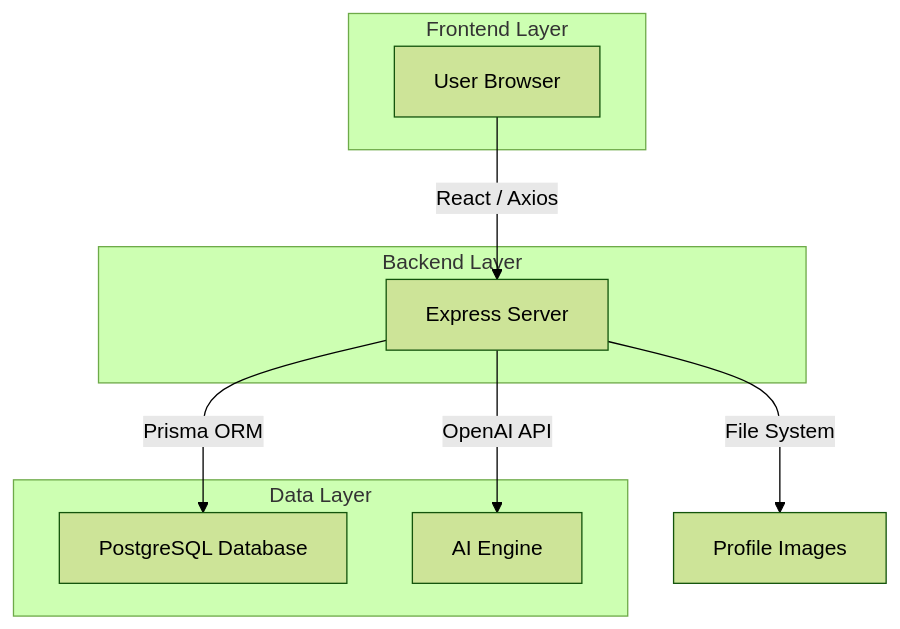
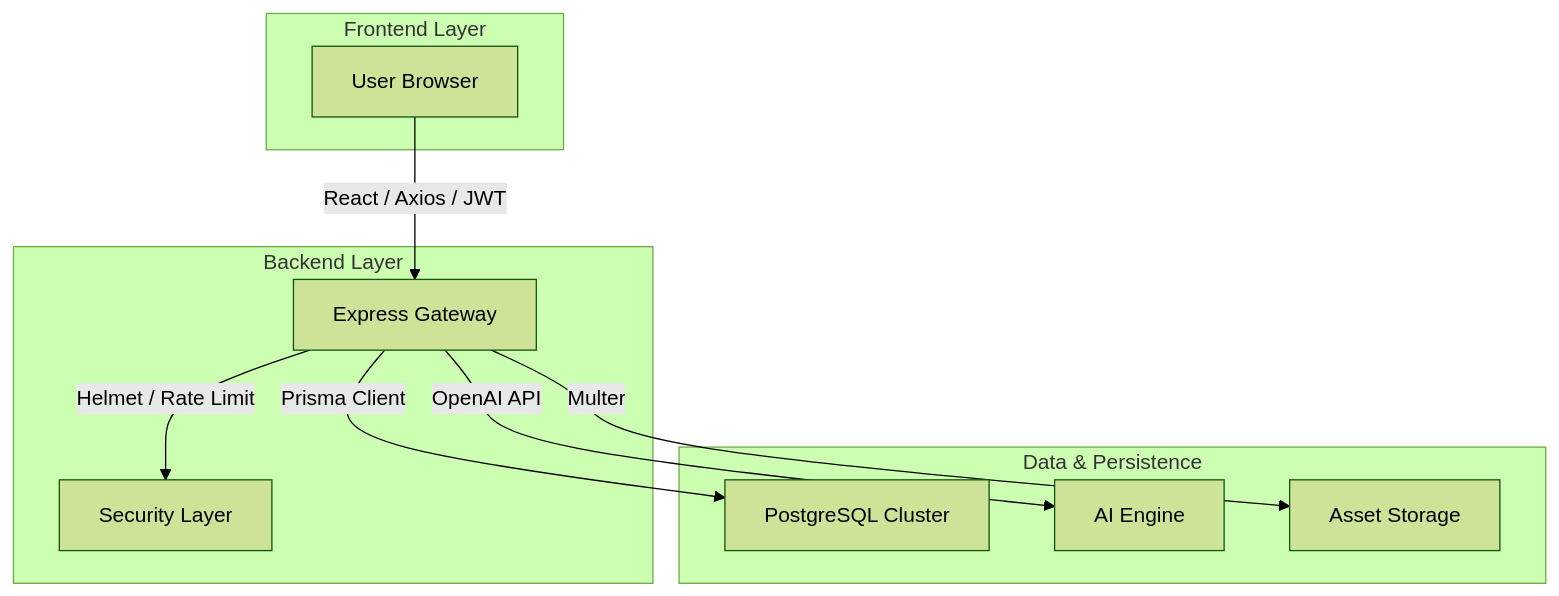
The diagram in README.md (DesalegnTamirat/evangadi-forum), drawn with Mermaid (forest theme) before and after one commit. The commit also changed other lines of this file and 5 other files, not shown here.

Commit message:
feat: initialize server with security middleware, rate limiting, and API configuration

````diff
--- a/README.md
+++ b/README.md
@@ -48,17 +54,20 @@
 ```mermaid
 graph TD
-    A[User Browser] -- React / Axios --> B[Express Server]
-    B -- Prisma ORM --> C[PostgreSQL Database]
+    A[User Browser] -- React / Axios / JWT --> B[Express Gateway]
+    B -- Prisma Client --> C[PostgreSQL Cluster]
+    B -- Helmet / Rate Limit --> F[Security Layer]
     B -- OpenAI API --> D[AI Engine]
-    B -- File System --> E[Profile Images]
+    B -- Multer --> E[Asset Storage]
     subgraph "Frontend Layer"
     A
     end
     subgraph "Backend Layer"
+    F
     B
     end
-    subgraph "Data Layer"
+    subgraph "Data & Persistence"
     C
     D
+    E
     end
 ```
````
